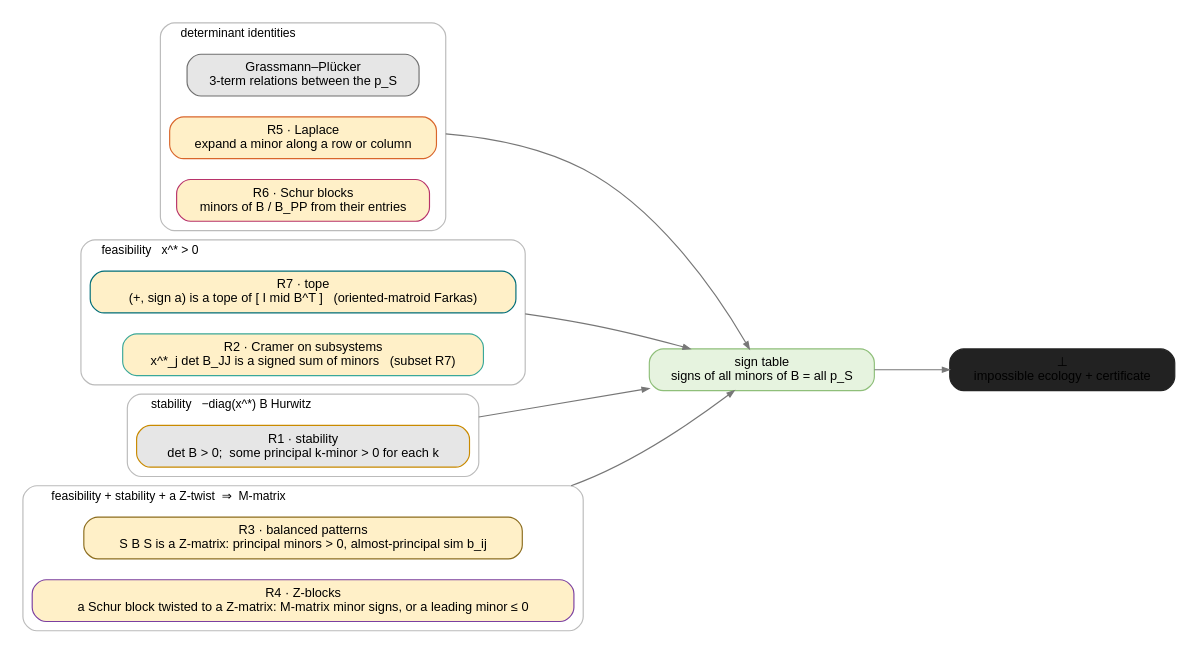
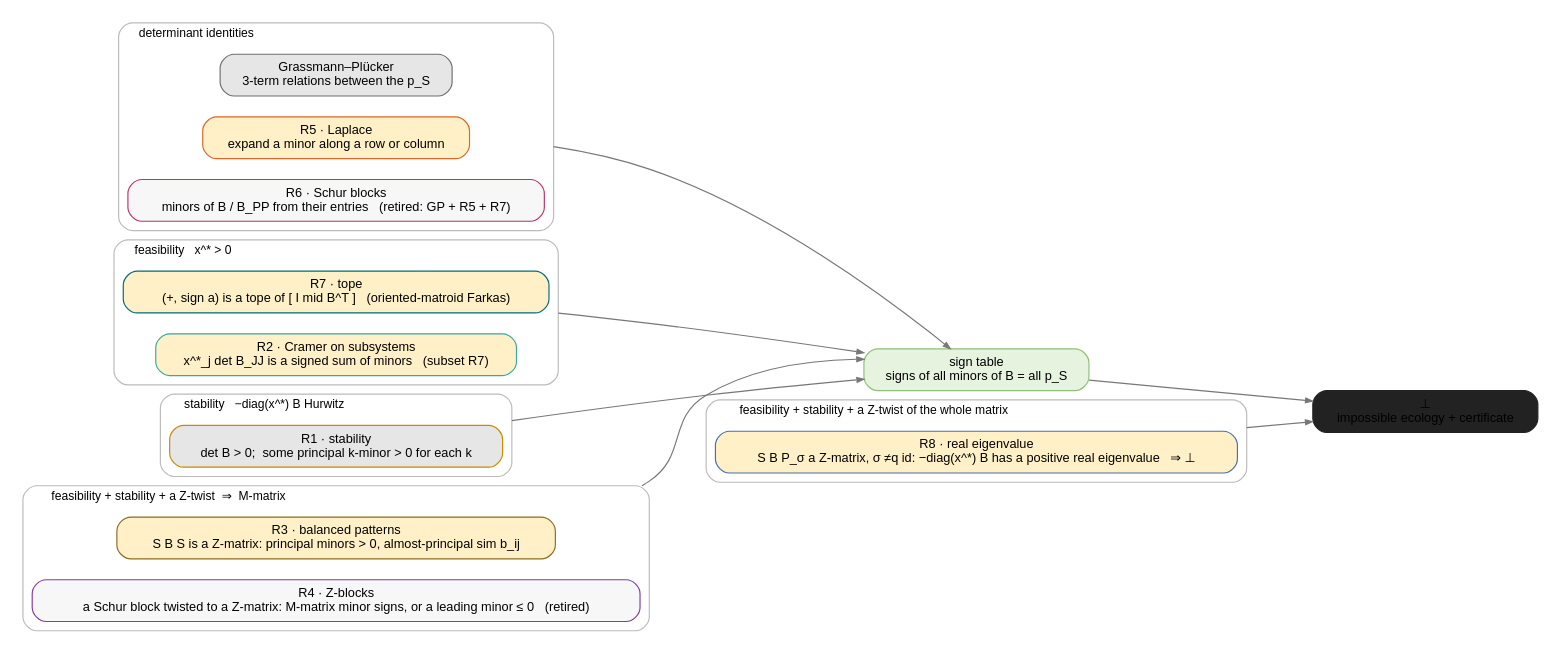
Before and after one commit to gescholt/signrules: the diagram in docs/figures/sign_rules.dot, drawn with Graphviz. The commit also changed 14 other files, not shown here.

```diff
--- a/docs/figures/sign_rules.dot
+++ b/docs/figures/sign_rules.dot
@@ -1,32 +1,37 @@
 digraph G {
   graph [rankdir=LR, nodesep=0.25, ranksep=0.9, fontname="Helvetica", fontsize=11, dpi=72, compound=true];
   node [fontname="Helvetica", fontsize=11, style="rounded,filled"];
   edge [arrowsize=0.6];
   subgraph "cluster_id" {
     style="rounded"; color="#bbbbbb"; margin=8.0; label="determinant identities"; fontsize=10.45; labeljust=l;
     "GP" [label="Grassmann–Plücker\n3-term relations between the p_S", shape=box, fillcolor="#e6e6e6", color="#6f6f6f"];
     "R5" [label="R5 · Laplace\nexpand a minor along a row or column", shape=box, fillcolor="#fff0c8", color="#d9662b"];
-    "R6" [label="R6 · Schur blocks\nminors of B / B_PP from their entries", shape=box, fillcolor="#fff0c8", color="#b8336a"];
+    "R6" [label="R6 · Schur blocks\nminors of B / B_PP from their entries   (retired: GP + R5 + R7)", shape=box, fillcolor="#f7f7f7", color="#b8336a"];
   }
   subgraph "cluster_feas" {
     style="rounded"; color="#bbbbbb"; margin=8.0; label="feasibility   x^* > 0"; fontsize=10.45; labeljust=l;
     "R7" [label="R7 · tope\n(+, sign a) is a tope of [ I \mid B^T ]   (oriented-matroid Farkas)", shape=box, fillcolor="#fff0c8", color="#006d77"];
     "R2" [label="R2 · Cramer on subsystems\nx^*_j det B_JJ is a signed sum of minors   (\subset R7)", shape=box, fillcolor="#fff0c8", color="#3aa89a"];
   }
   subgraph "cluster_stab" {
     style="rounded"; color="#bbbbbb"; margin=8.0; label="stability   −diag(x^*) B Hurwitz"; fontsize=10.45; labeljust=l;
     "R1" [label="R1 · stability\ndet B > 0;  some principal k-minor > 0 for each k", shape=box, fillcolor="#e6e6e6", color="#c98a00"];
   }
   subgraph "cluster_z" {
     style="rounded"; color="#bbbbbb"; margin=8.0; label="feasibility + stability + a Z-twist  ⇒  M-matrix"; fontsize=10.45; labeljust=l;
     "R3" [label="R3 · balanced patterns\nS B S is a Z-matrix: principal minors > 0, almost-principal \sim b_ij", shape=box, fillcolor="#fff0c8", color="#8c6d1f"];
-    "R4" [label="R4 · Z-blocks\na Schur block twisted to a Z-matrix: M-matrix minor signs, or a leading minor ≤ 0", shape=box, fillcolor="#fff0c8", color="#7b3fa0"];
+    "R4" [label="R4 · Z-blocks\na Schur block twisted to a Z-matrix: M-matrix minor signs, or a leading minor ≤ 0   (retired)", shape=box, fillcolor="#f7f7f7", color="#7b3fa0"];
+  }
+  subgraph "cluster_eig" {
+    style="rounded"; color="#bbbbbb"; margin=8.0; label="feasibility + stability + a Z-twist of the whole matrix"; fontsize=10.45; labeljust=l;
+    "R8" [label="R8 · real eigenvalue\nS B P_σ a Z-matrix, σ ≠q id: −diag(x^*) B has a positive real eigenvalue   ⇒ ⊥", shape=box, fillcolor="#fff0c8", color="#4a6fa5"];
   }
   "table" [label="sign table\nsigns of all minors of B = all p_S", shape=box, fillcolor="#e6f3df", color="#8fbf7a"];
   "out" [label="⊥\nimpossible ecology + certificate", shape=box, fillcolor="#222222", color="#222222"];
   "R5" -> "table" [ltail="cluster_id", color="#777777"];
   "R7" -> "table" [ltail="cluster_feas", color="#777777"];
   "R1" -> "table" [ltail="cluster_stab", color="#777777"];
   "R3" -> "table" [ltail="cluster_z", color="#777777"];
   "table" -> "out" [color="#777777"];
+  "R8" -> "out" [ltail="cluster_eig", color="#777777"];
 }
```
